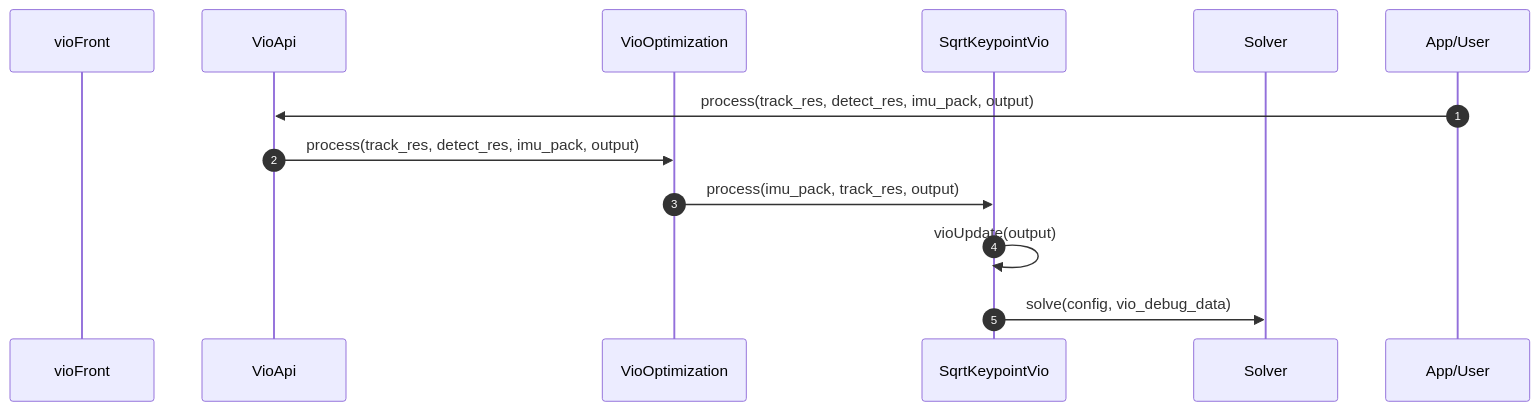
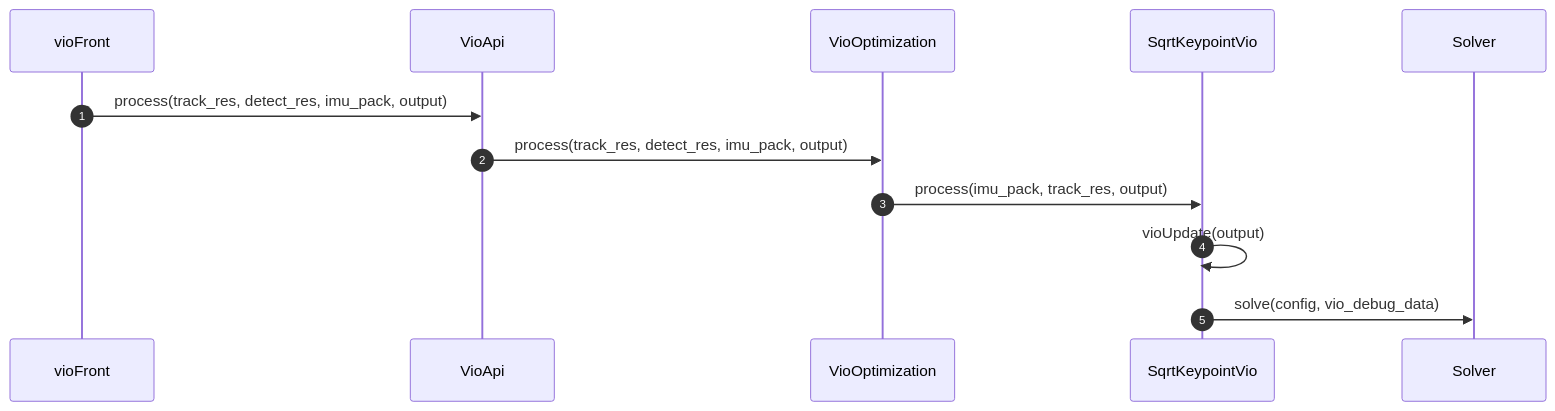
The diagram in all/未命名-2.md (huzixuan1/iodraw-files), drawn with Mermaid before and after one commit.

Commit message:
2025-04-17 08:45:03 update

````diff
--- a/all/未命名-2.md
+++ b/all/未命名-2.md
@@ -1,16 +1,16 @@
 ```mermaid
 sequenceDiagram
     autonumber
     participant vioFront
     participant VioApi
     participant VioOptimization
     participant SqrtKeypointVio
     participant Solver
 
-    App/User ->> VioApi: process(track_res, detect_res, imu_pack, output)
+    vioFront ->> VioApi: process(track_res, detect_res, imu_pack, output)
     VioApi ->> VioOptimization: process(track_res, detect_res, imu_pack, output)
     VioOptimization ->> SqrtKeypointVio: process(imu_pack, track_res, output)
     SqrtKeypointVio ->> SqrtKeypointVio: vioUpdate(output)
     SqrtKeypointVio ->> Solver: solve(config, vio_debug_data)
 
 ```
````
